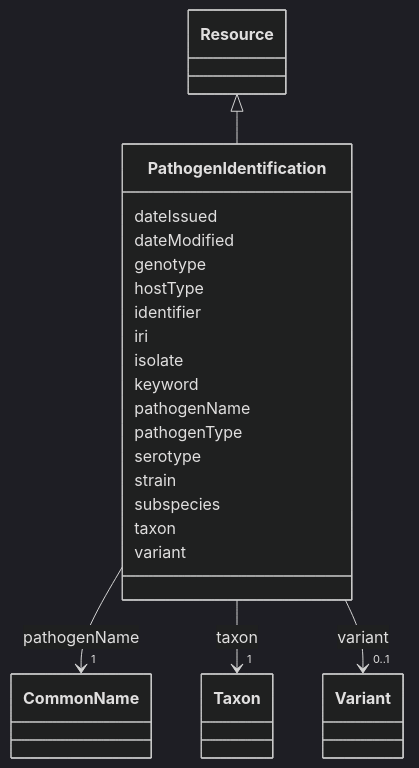
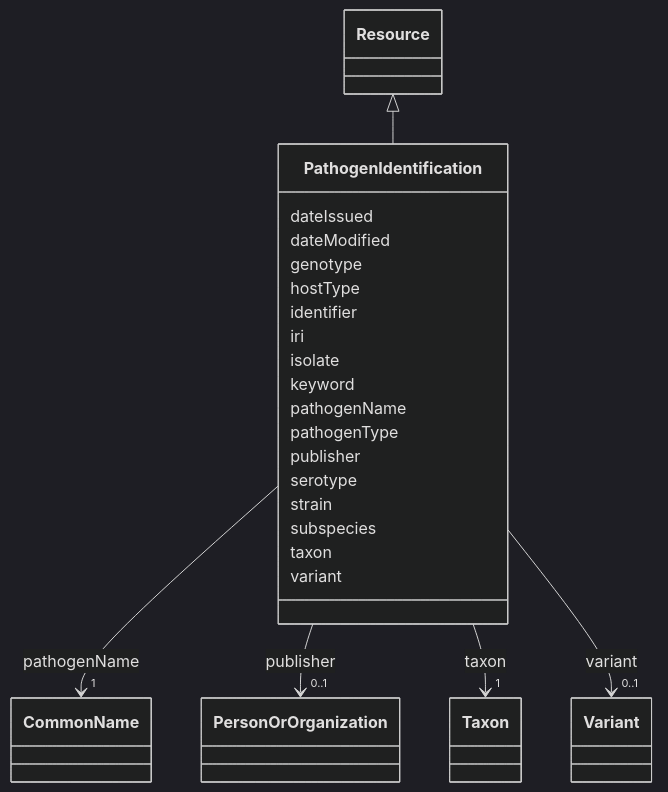
One commit to EVORA-project/evora-ontology changed the diagram in models/docs/PathogenIdentification.md. Above: the diagram before and after it, drawn with Mermaid (dark theme). The commit also changed other lines of this file and 468 other files, not shown here.

````diff
--- a/models/docs/PathogenIdentification.md
+++ b/models/docs/PathogenIdentification.md
@@ -19,60 +19,69 @@
 ```mermaid
  classDiagram
     class PathogenIdentification
     click PathogenIdentification href "../PathogenIdentification"
       Resource <|-- PathogenIdentification
         click Resource href "../Resource"
       
       PathogenIdentification : dateIssued
         
       PathogenIdentification : dateModified
         
       PathogenIdentification : genotype
         
       PathogenIdentification : hostType
         
       PathogenIdentification : identifier
         
       PathogenIdentification : iri
         
       PathogenIdentification : isolate
         
       PathogenIdentification : keyword
         
       PathogenIdentification : pathogenName
         
           
     
     
     PathogenIdentification --> "1" CommonName : pathogenName
     click CommonName href "../CommonName"
 
         
       PathogenIdentification : pathogenType
         
+      PathogenIdentification : publisher
+        
+          
+    
+    
+    PathogenIdentification --> "0..1" PersonOrOrganization : publisher
+    click PersonOrOrganization href "../PersonOrOrganization"
+
+        
       PathogenIdentification : serotype
         
       PathogenIdentification : strain
         
       PathogenIdentification : subspecies
         
       PathogenIdentification : taxon
         
           
     
     
     PathogenIdentification --> "1" Taxon : taxon
     click Taxon href "../Taxon"
 
         
       PathogenIdentification : variant
         
           
     
     
     PathogenIdentification --> "0..1" Variant : variant
     click Variant href "../Variant"
 
         
       
 ```
````
